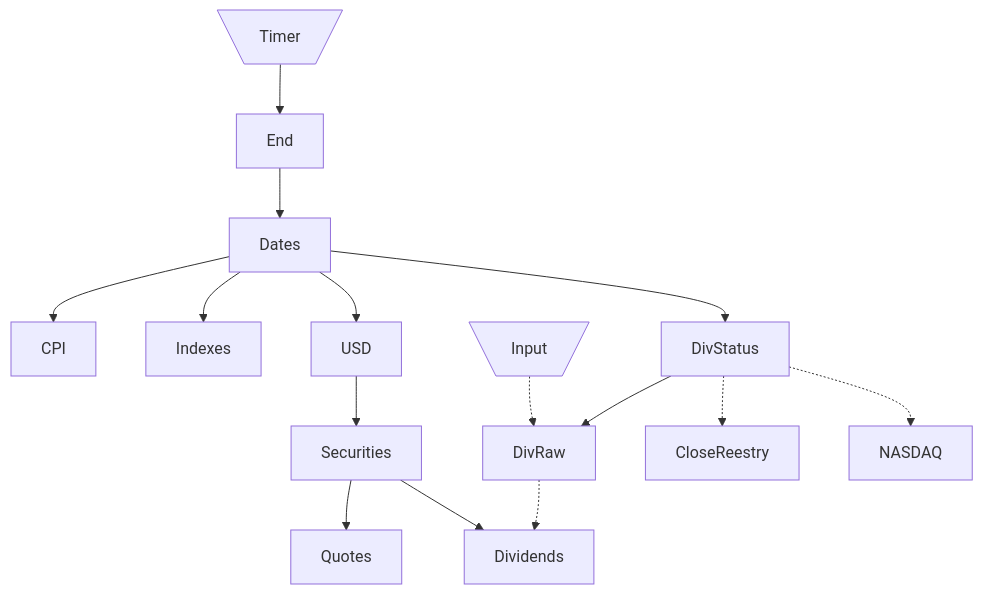
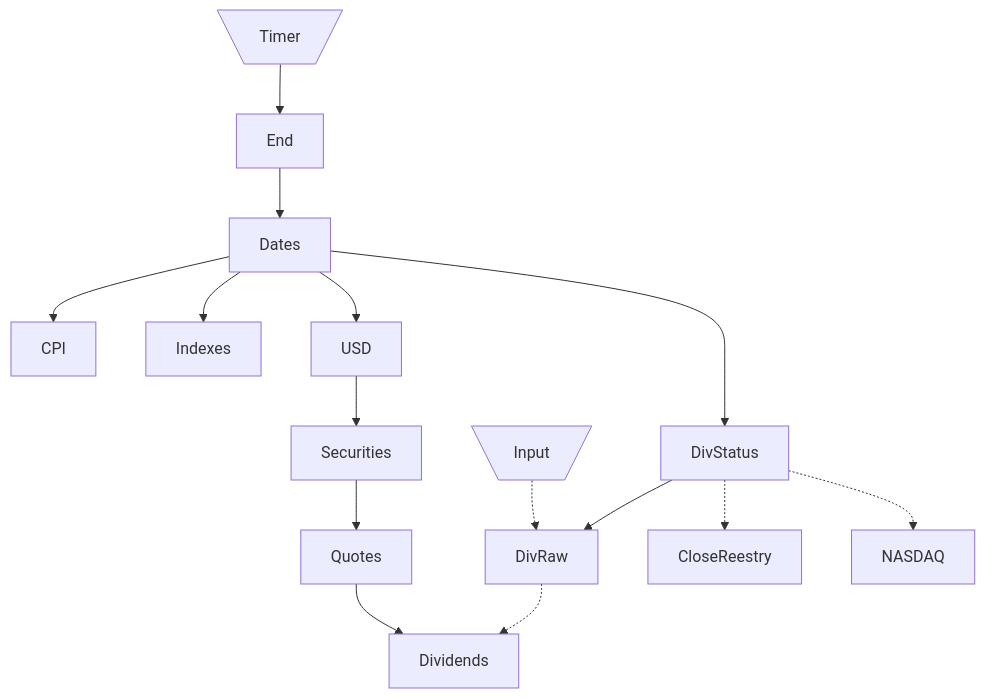
One commit to WLM1ke/poptimizer changed the diagram in data/README.md. Above: the diagram before and after it, drawn with Mermaid. The commit also changed 2 other files, not shown here.

Commit message:
feat: обновление дивидендов идет после обновления котировок

````diff
--- a/data/README.md
+++ b/data/README.md
@@ -6,21 +6,21 @@
 ```mermaid
 flowchart
     Timer[\Timer/]-->End
     End-->Dates
     
     Dates-->CPI
     Dates-->Indexes
     Dates-->USD
 	Dates-->DivStatus
 
 	USD-->Securities
     Securities-->Quotes
-	Securities-->Dividends
+	Quotes-->Dividends
     
     Input[\Input/]-.->DivRaw
     DivRaw-.->Dividends
     
     DivStatus-->DivRaw
     DivStatus-.->CloseReestry
     DivStatus-.->NASDAQ
 ```
````
